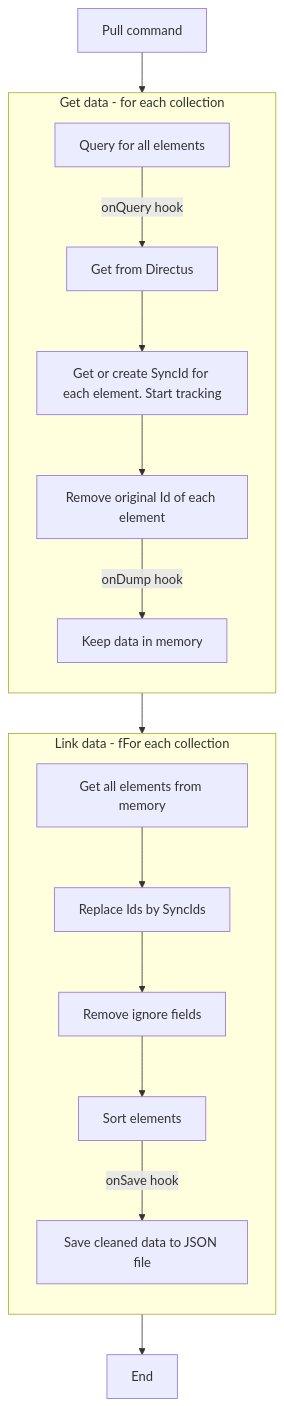
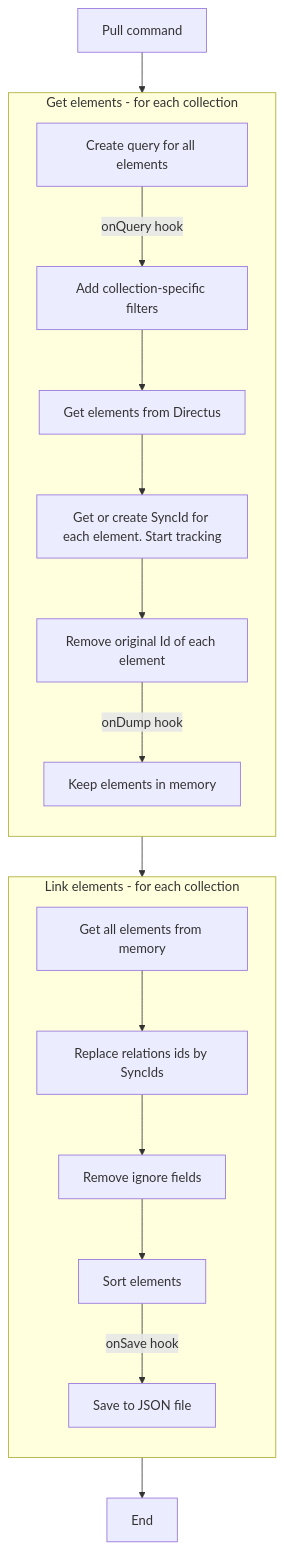
One commit to tractr/directus-sync changed the diagram in README.md. Above: the diagram before and after it, drawn with Mermaid.

Commit message:
docs: improve mermaid

````diff
--- a/README.md
+++ b/README.md
@@ -295,20 +295,21 @@
 ```mermaid
 flowchart
-	subgraph Pull[Get data - for each collection]
+  subgraph Pull[Get elements - for each collection]
     direction TB
-		B[Query for all elements]
-    -->|onQuery hook|C[Get from Directus]
-    -->D[Get or create SyncId for each element. Start tracking]
-    -->E[Remove original Id of each element]
-    -->|onDump hook|F[Keep data in memory]
+		B[Create query for all elements]
+    -->|onQuery hook|C[Add collection-specific filters]
+    -->D[Get elements from Directus]
+    -->E[Get or create SyncId for each element. Start tracking]
+    -->F[Remove original Id of each element]
+    -->|onDump hook|G[Keep elements in memory]
   end
-	subgraph Post[Link data - fFor each collection]
+	subgraph Post[Link elements - for each collection]
     direction TB
-		G[Get all elements from memory]
-    --> H[Replace Ids by SyncIds]
-    --> I[Remove ignore fields]
-    --> J[Sort elements]
-    -->|onSave hook|P[Save cleaned data to JSON file]
+		H[Get all elements from memory]
+    --> I[Replace relations ids by SyncIds]
+    --> J[Remove ignore fields]
+    --> K[Sort elements]
+    -->|onSave hook|L[Save to JSON file]
   end
  A[Pull command] --> Pull --> Post --> Z[End]
 ```
````
